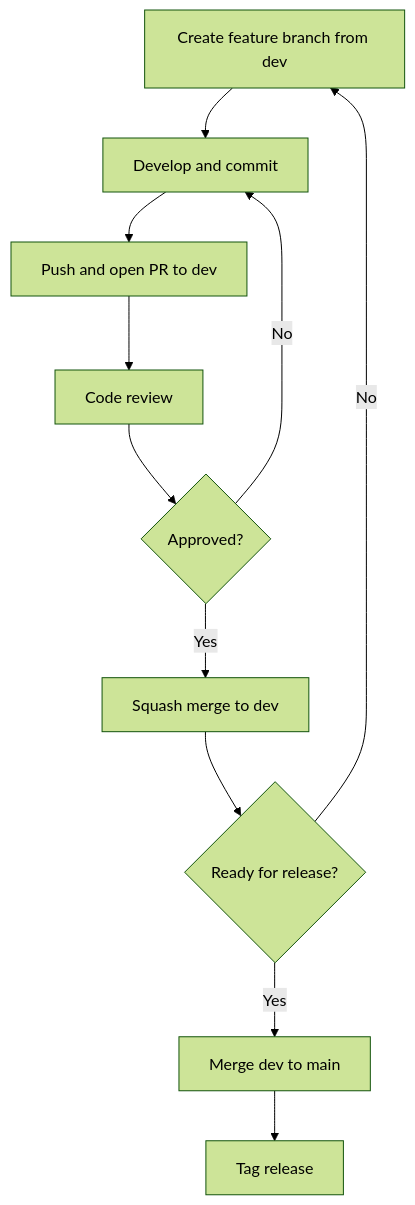
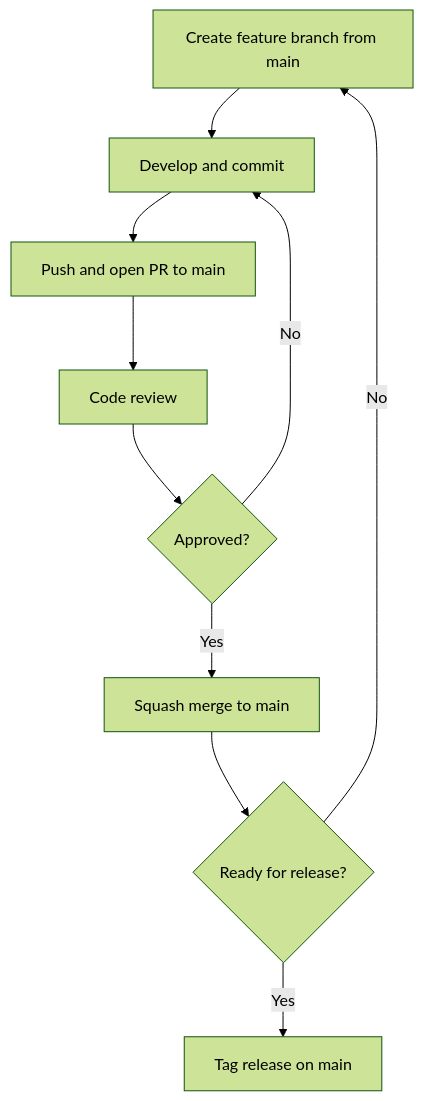
The second of 2 diagrams in docs/development/workflow.md (IBM/ai4rag), drawn with Mermaid (forest theme) before and after one commit. The commit also changed other lines of this file and 2 other files, not shown here.

````diff
--- a/docs/development/workflow.md
+++ b/docs/development/workflow.md
@@ -209,13 +198,12 @@
 ```mermaid
 graph TB
-    A[Create feature branch from dev] --> B[Develop and commit]
-    B --> C[Push and open PR to dev]
+    A[Create feature branch from main] --> B[Develop and commit]
+    B --> C[Push and open PR to main]
     C --> D[Code review]
     D --> E{Approved?}
     E -->|No| B
-    E -->|Yes| F[Squash merge to dev]
+    E -->|Yes| F[Squash merge to main]
     F --> G{Ready for release?}
     G -->|No| A
-    G -->|Yes| H[Merge dev to main]
-    H --> I[Tag release]
+    G -->|Yes| H[Tag release on main]
 ```
````
